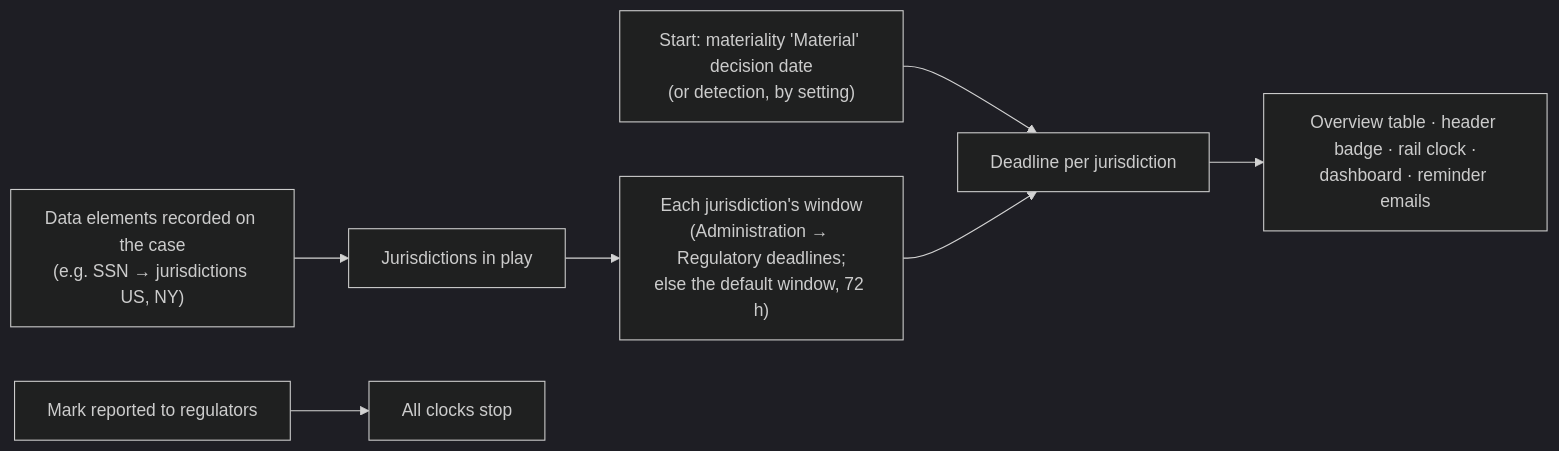
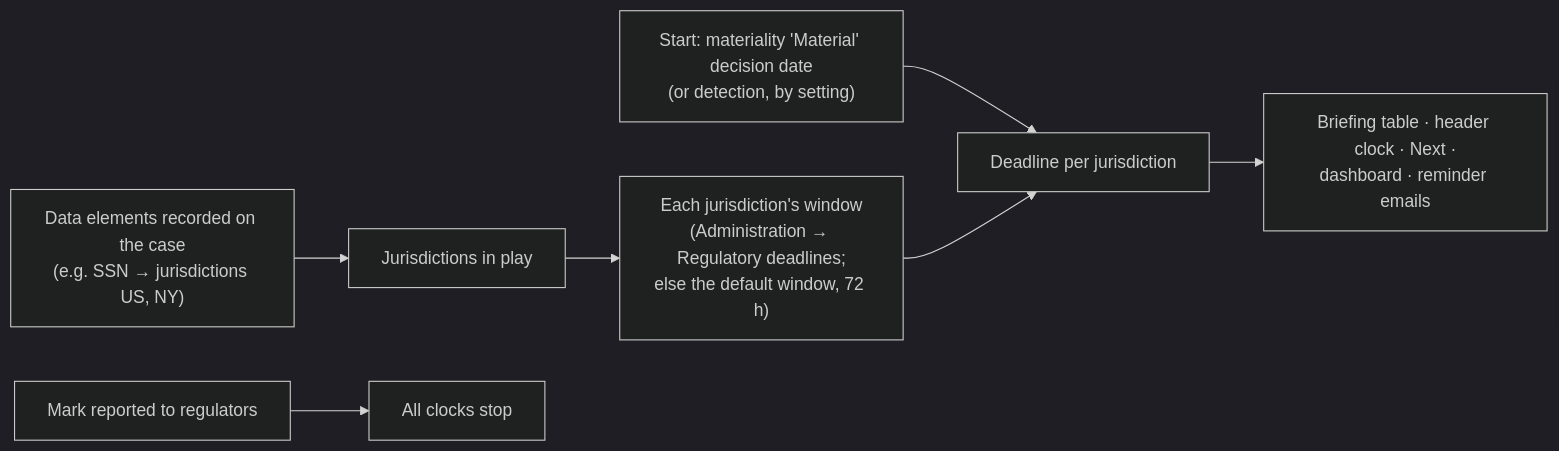
One commit to jashley92/CaseBook changed the first of 2 diagrams in docs/workflows/governance.md. Above: the diagram before and after it, drawn with Mermaid (dark theme). The commit also changed other lines of this file and 10 other files, not shown here.

````diff
--- a/docs/workflows/governance.md
+++ b/docs/workflows/governance.md
@@ -102,9 +102,9 @@
 ```mermaid
 flowchart LR
     DE["Data elements recorded on the case<br/>(e.g. SSN → jurisdictions US, NY)"] --> J["Jurisdictions in play"]
     J --> R["Each jurisdiction's window<br/>(Administration → Regulatory deadlines;<br/>else the default window, 72 h)"]
     S["Start: materiality 'Material' decision date<br/>(or detection, by setting)"] --> D["Deadline per jurisdiction"]
     R --> D
-    D --> UI["Overview table · header badge · rail clock ·<br/>dashboard · reminder emails"]
+    D --> UI["Briefing table · header clock · Next ·<br/>dashboard · reminder emails"]
     MR["Mark reported to regulators"] --> Stop["All clocks stop"]
 ```
````
